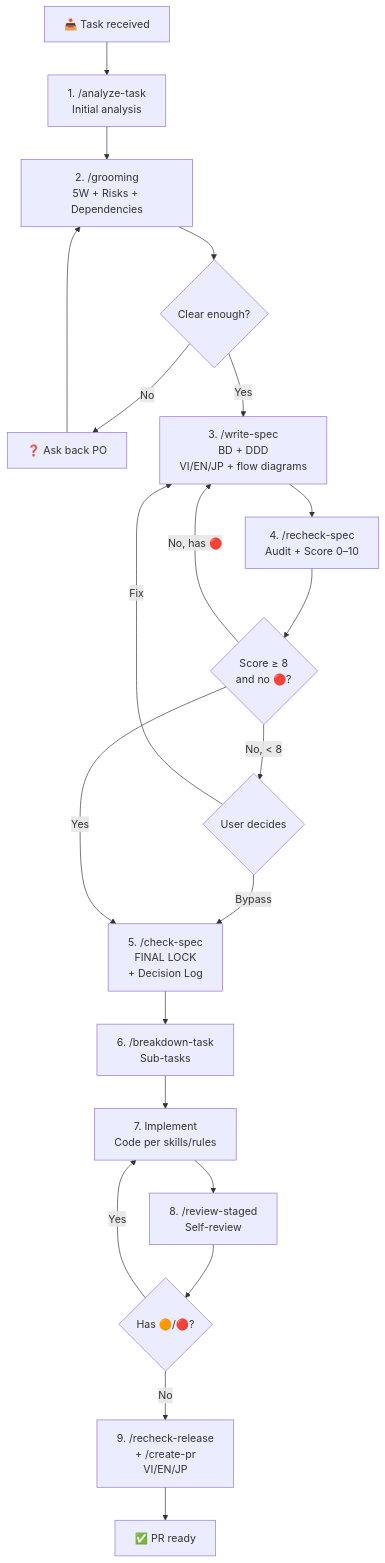
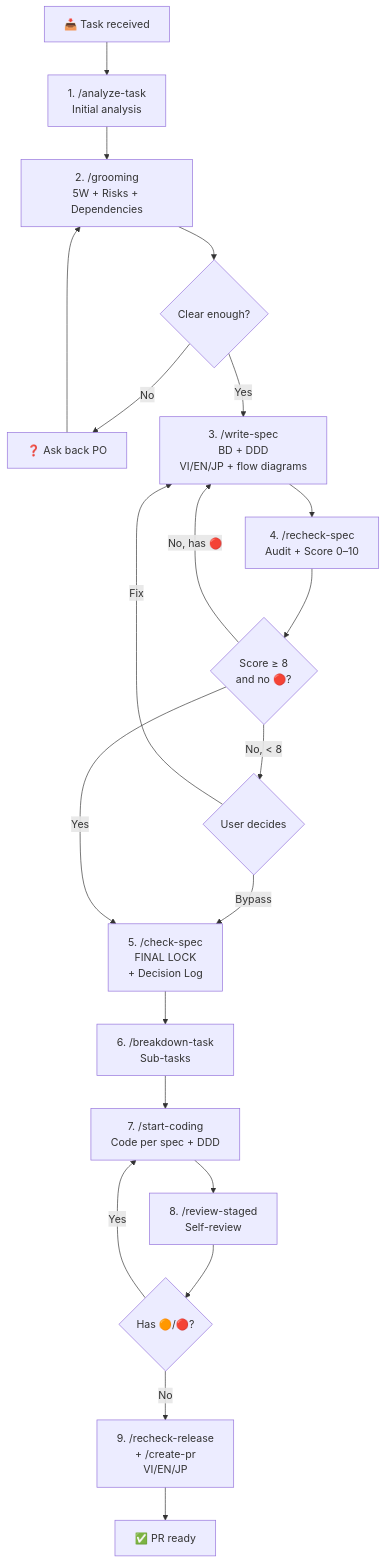
One commit to lam-vd/workflow-kit changed the diagram in docs/workflow/SENIOR-WORKFLOW.md. Above: the diagram before and after it, drawn with Mermaid. The commit also changed other lines of this file and 12 other files, not shown here.

Commit message:
Refactor skills/rules/commands ver 0.1

````diff
--- a/docs/workflow/SENIOR-WORKFLOW.md
+++ b/docs/workflow/SENIOR-WORKFLOW.md
@@ -16,23 +16,23 @@
 ```mermaid
 flowchart TD
     A[📥 Task received] --> B[1. /analyze-task<br/>Initial analysis]
     B --> C[2. /grooming<br/>5W + Risks + Dependencies]
     C --> D{Clear enough?}
     D -->|No| E[❓ Ask back PO]
     E --> C
     D -->|Yes| F[3. /write-spec<br/>BD + DDD<br/>VI/EN/JP + flow diagrams]
     F --> G[4. /recheck-spec<br/>Audit + Score 0–10]
     G --> H{Score ≥ 8<br/>and no 🔴?}
     H -->|No, has 🔴| F
     H -->|No, < 8| H2{User decides}
     H2 -->|Fix| F
     H2 -->|Bypass| I[5. /check-spec<br/>FINAL LOCK<br/>+ Decision Log]
     H -->|Yes| I
     I --> J[6. /breakdown-task<br/>Sub-tasks]
-    J --> K[7. Implement<br/>Code per skills/rules]
+    J --> K[7. /start-coding<br/>Code per spec + DDD]
     K --> L[8. /review-staged<br/>Self-review]
     L --> M{Has 🟠/🔴?}
     M -->|Yes| K
     M -->|No| N[9. /recheck-release<br/>+ /create-pr<br/>VI/EN/JP]
     N --> O[✅ PR ready]
 ```
````
